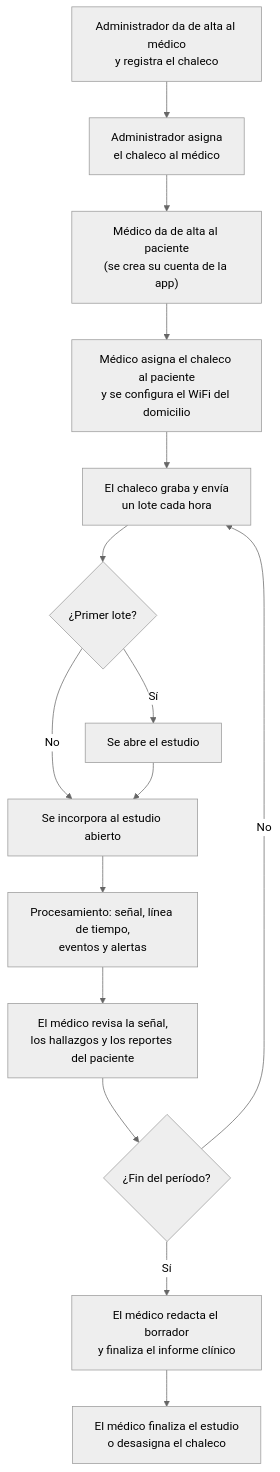
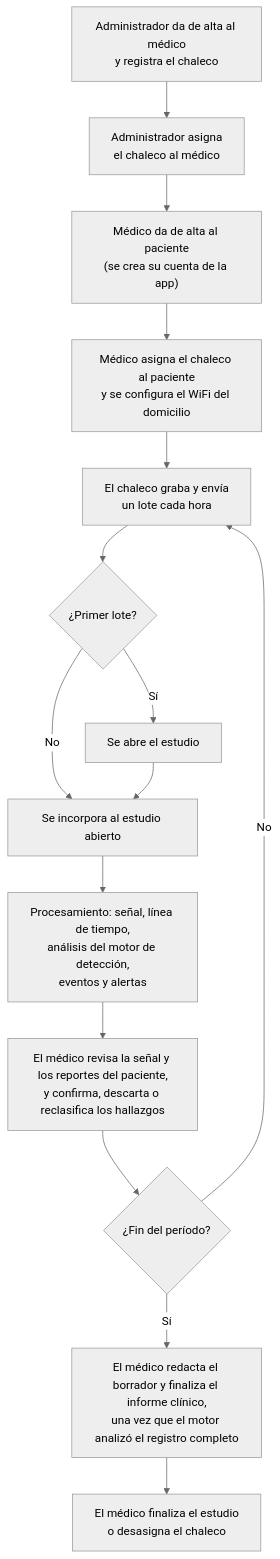
The sixth of 8 diagrams in Entregables/Informe Final.md (tesis-ecg/tesis-ecg-mono), drawn with Mermaid (neutral theme) before and after one commit. The commit also changed other lines of this file, not shown here.

First line of the commit message:
docs(informe): add the detection engine to the Mermaid diagrams

````diff
--- a/Entregables/Informe Final.md
+++ b/Entregables/Informe Final.md
@@ -836,17 +877,17 @@
 ```mermaid
 flowchart TD
     A["Administrador da de alta al médico<br/>y registra el chaleco"] --> B["Administrador asigna<br/>el chaleco al médico"]
     B --> C["Médico da de alta al paciente<br/>(se crea su cuenta de la app)"]
     C --> D["Médico asigna el chaleco al paciente<br/>y se configura el WiFi del domicilio"]
     D --> E["El chaleco graba y envía<br/>un lote cada hora"]
     E --> F{"¿Primer lote?"}
     F -- "Sí" --> G["Se abre el estudio"]
     F -- "No" --> H["Se incorpora al estudio abierto"]
     G --> H
-    H --> I["Procesamiento: señal, línea de tiempo,<br/>eventos y alertas"]
-    I --> J["El médico revisa la señal,<br/>los hallazgos y los reportes del paciente"]
+    H --> I["Procesamiento: señal, línea de tiempo,<br/>análisis del motor de detección,<br/>eventos y alertas"]
+    I --> J["El médico revisa la señal y los reportes del paciente,<br/>y confirma, descarta o reclasifica los hallazgos"]
     J --> K{"¿Fin del período?"}
     K -- "No" --> E
-    K -- "Sí" --> L["El médico redacta el borrador<br/>y finaliza el informe clínico"]
+    K -- "Sí" --> L["El médico redacta el borrador y finaliza el informe clínico,<br/>una vez que el motor analizó el registro completo"]
     L --> M["El médico finaliza el estudio<br/>o desasigna el chaleco"]
 ```
````
